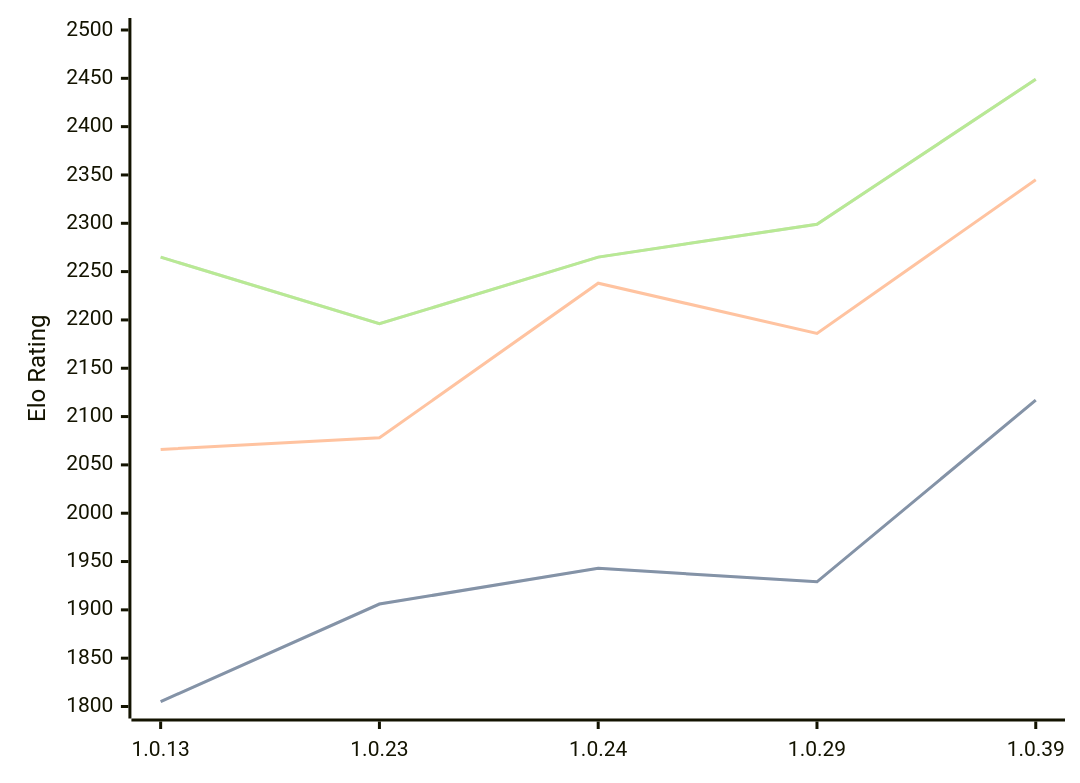
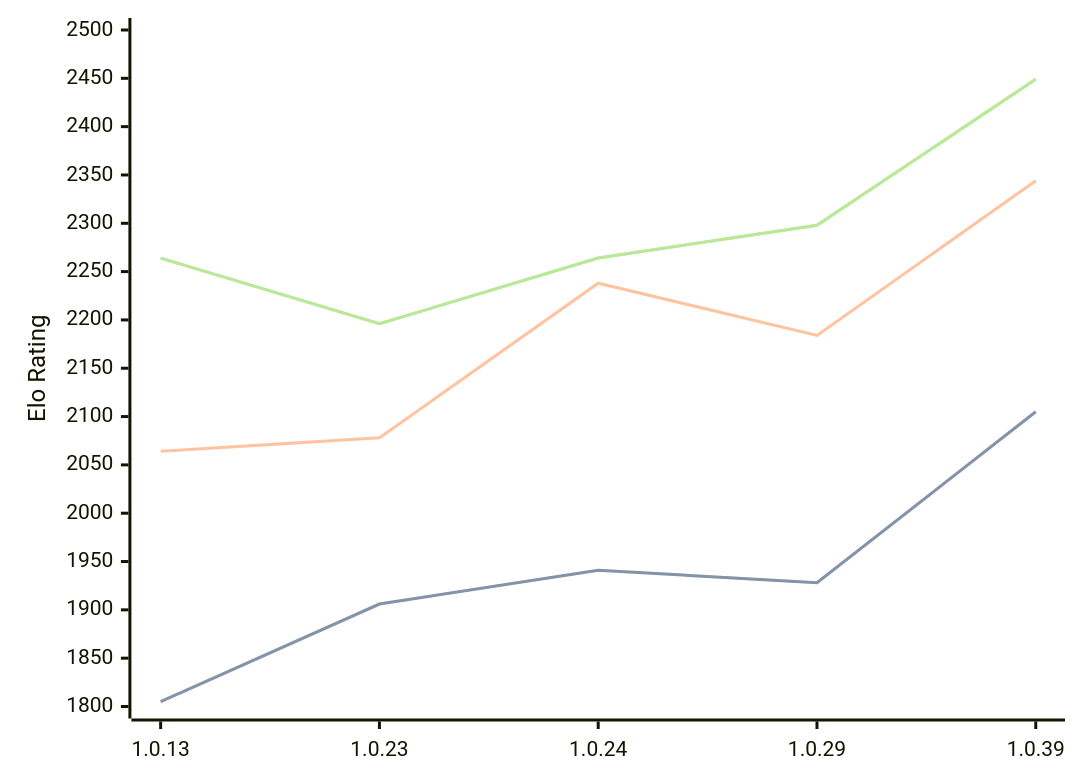
Before and after one commit to computer-chess-index/cci: the diagram in engines/RustyRival.md, drawn with Mermaid. The commit also changed other lines of this file, not shown here.

Commit message:
Update CCI Ratings (ELO VLTC) - 2026-04-06

````diff
--- a/engines/RustyRival.md
+++ b/engines/RustyRival.md
@@ -66,11 +66,11 @@
 ```mermaid
 %%{init: {"theme":"base","themeVariables":{"seriesColors:['#a3a3a3','#222221','#faa371']}}}%%
 xychart-beta
   x-axis ["1.0.13", "1.0.23", "1.0.24", "1.0.29", "1.0.39"]
   y-axis "Elo Rating" 1800 --> 2500
-  line "STC (8.0+0.08s)" [1805, 1906, 1943, 1929, 2117]
-  line "STC (8.0+0.08s)" [1805, 1906, 1943, 1929, 2117]
-  line "LTC (60.0+0.60s)" [2066, 2078, 2238, 2186, 2345]
-  line "VLTC (2m24s+1.12s)" [2265, 2196, 2265, 2299, 2449]
-  line "VLTC (2m24s+1.12s)" [2265, 2196, 2265, 2299, 2449]
+  line "STC (8.0+0.08s)" [1805, 1906, 1941, 1928, 2105]
+  line "STC (8.0+0.08s)" [1805, 1906, 1941, 1928, 2105]
+  line "LTC (60.0+0.60s)" [2064, 2078, 2238, 2184, 2344]
+  line "VLTC (2m24s+1.12s)" [2264, 2196, 2264, 2298, 2449]
+  line "VLTC (2m24s+1.12s)" [2264, 2196, 2264, 2298, 2449]
 ```
````
